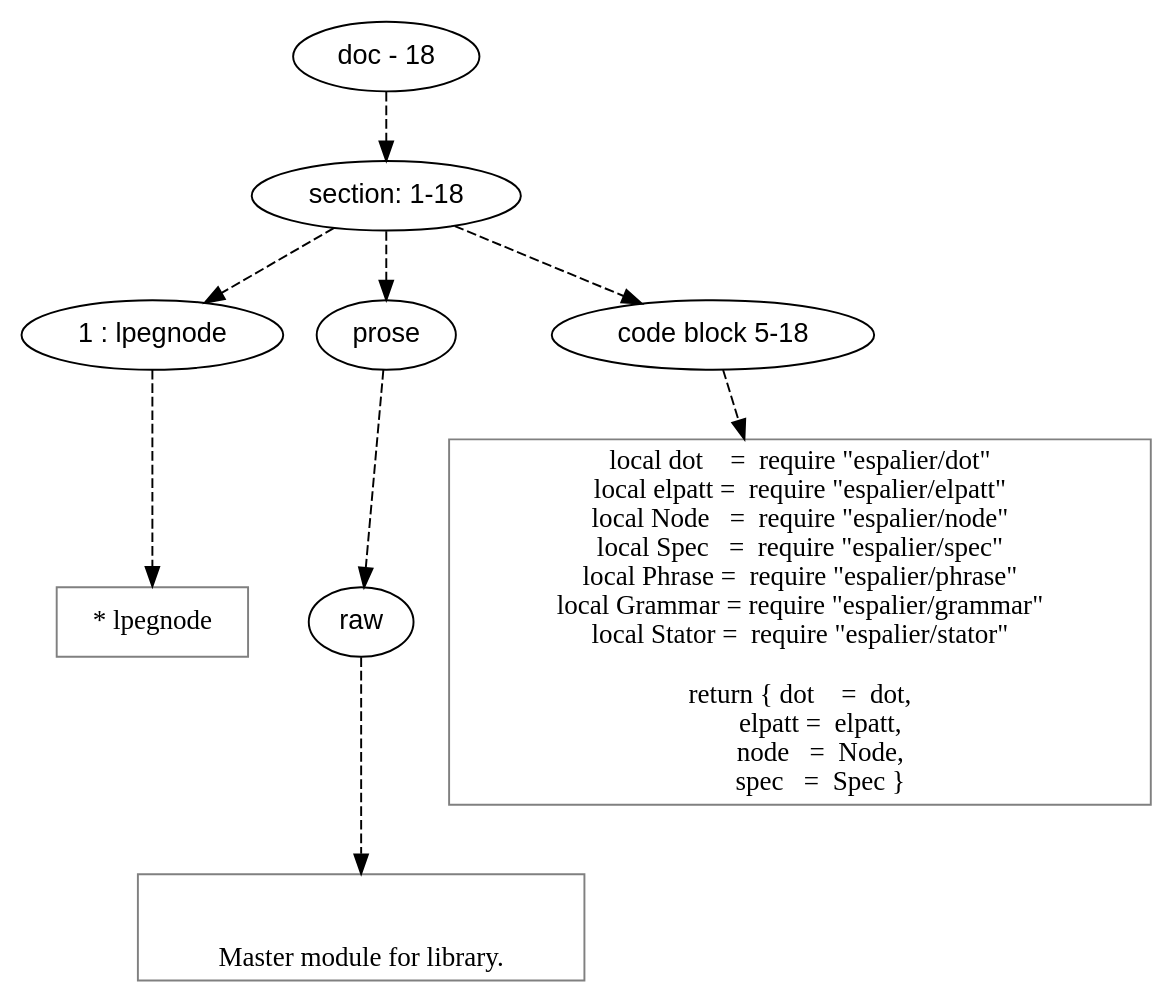
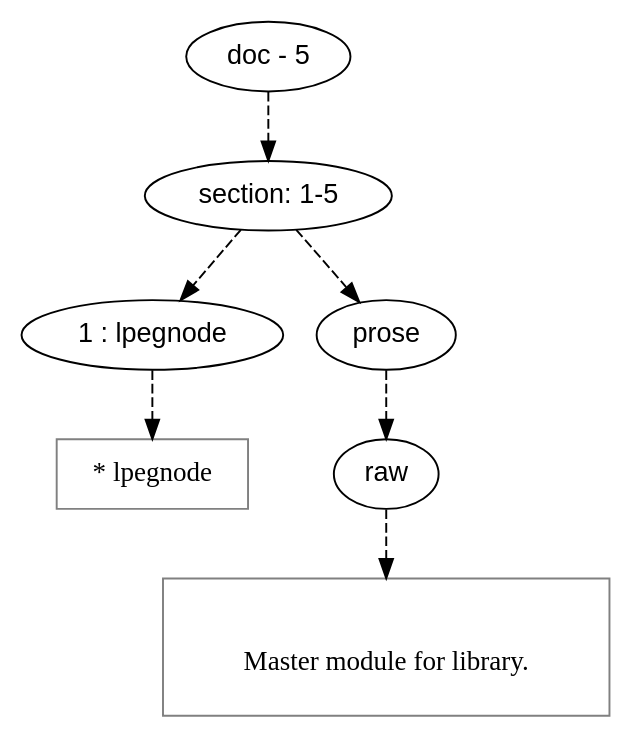
Before and after one commit to orb-lang/espalier: the diagram in doc/dot/lpegnode.dot, drawn with Graphviz. The commit also changed 11 other files, not shown here.

```diff
--- a/doc/dot/lpegnode.dot
+++ b/doc/dot/lpegnode.dot
@@ -1,64 +1,48 @@
 digraph lpegNode {
 
 node [fontname=Helvetica]
 edge [style=dashed]
 
-doc_0 [label="doc - 18"]
+doc_0 [label="doc - 5"]
 
 
 doc_0 -> { section_1}
 {rank=same; section_1}
 
-section_1 [label="section: 1-18"]
+section_1 [label="section: 1-5"]
 
 
 // END RANK doc_0
 
-section_1 -> { header_2 prose_3 codeblock_4}
-{rank=same; header_2 prose_3 codeblock_4}
+section_1 -> { header_2 prose_3}
+{rank=same; header_2 prose_3}
 
 header_2 [label="1 : lpegnode"]
 
 prose_3 [label="prose"]
 
-codeblock_4 [label="code block 5-18"]
-
 
 // END RANK section_1
 
-header_2 -> leaf_5
-leaf_5  [color=Gray,shape=rectangle,fontname=Inconsolata,label="* lpegnode"]
+header_2 -> leaf_4
+leaf_4  [color=Gray,shape=rectangle,fontname=Inconsolata,label="* lpegnode"]
 // END RANK header_2
 
-prose_3 -> { raw_6}
-{rank=same; raw_6}
+prose_3 -> { raw_5}
+{rank=same; raw_5}
 
-raw_6 [label="raw"]
+raw_5 [label="raw"]
 
 
 // END RANK prose_3
 
-raw_6 -> leaf_7
-leaf_7  [color=Gray,shape=rectangle,fontname=Inconsolata,label="
+raw_5 -> leaf_6
+leaf_6  [color=Gray,shape=rectangle,fontname=Inconsolata,label="
 
 Master module for library.
+
 "]
-// END RANK raw_6
-
-codeblock_4 -> leaf_8
-leaf_8  [color=Gray,shape=rectangle,fontname=Inconsolata,label="local dot    =  require \"espalier/dot\"
-local elpatt =  require \"espalier/elpatt\"
-local Node   =  require \"espalier/node\"
-local Spec   =  require \"espalier/spec\"
-local Phrase =  require \"espalier/phrase\"
-local Grammar = require \"espalier/grammar\"
-local Stator =  require \"espalier/stator\"
-
-return { dot    =  dot,
-       elpatt =  elpatt,
-       node   =  Node,
-       spec   =  Spec }"]
-// END RANK codeblock_4
+// END RANK raw_5
 
 
 }
```
